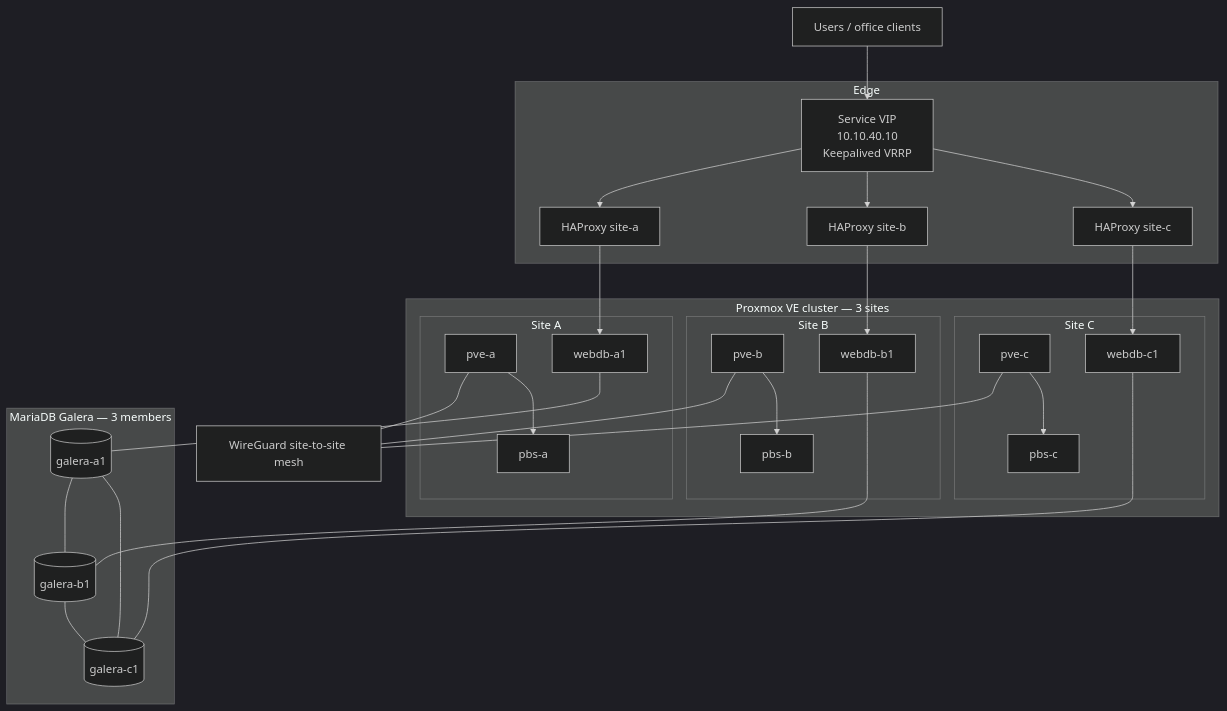
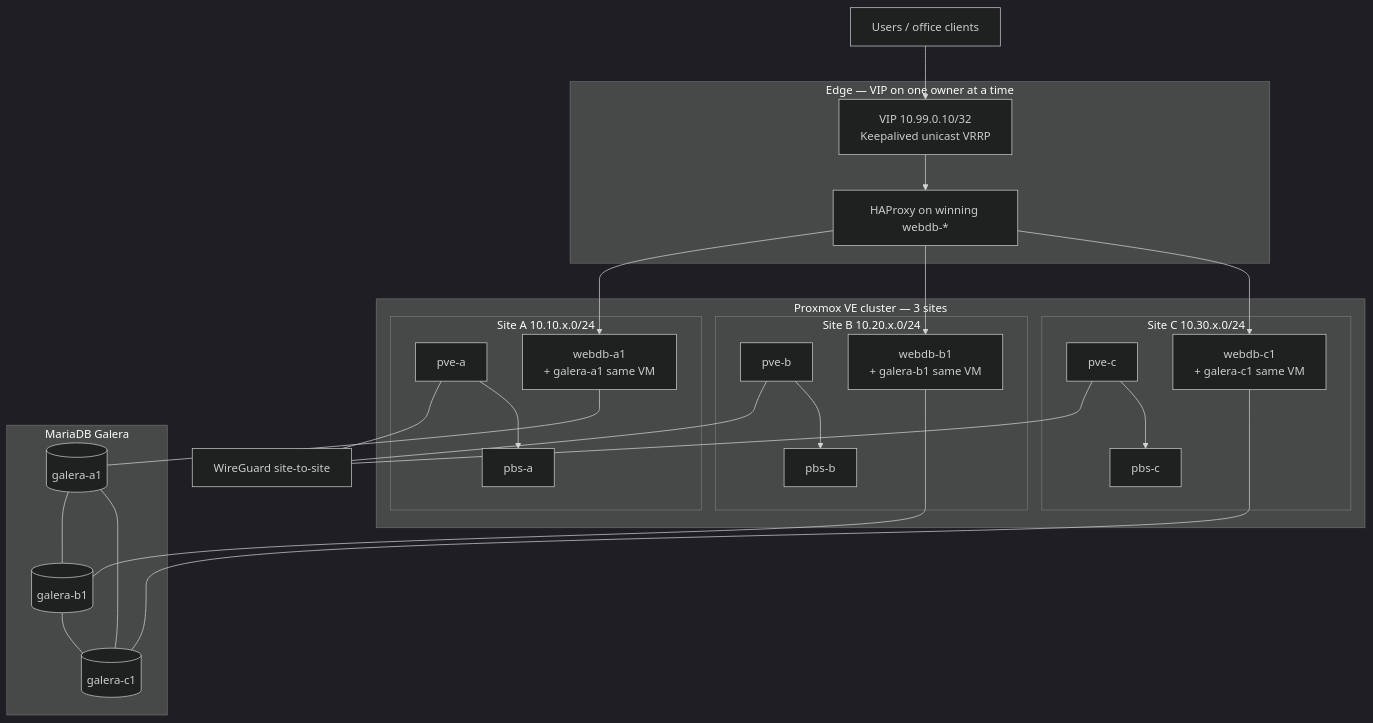
One commit to AgustinRH/proxmox-ha-lab changed the diagram in README.md. Above: the diagram before and after it, drawn with Mermaid (dark theme). The commit also changed other lines of this file and 15 other files, not shown here.

First line of the commit message:
fix: per-site prefixes, unicast VRRP, and config hardening.

````diff
--- a/README.md
+++ b/README.md
@@ -11,57 +11,53 @@
 ```mermaid
 flowchart TB
   users[Users / office clients]
 
-  subgraph edge [Edge]
-    VIP["Service VIP<br/>10.10.40.10<br/>Keepalived VRRP"]
-    HAP_A[HAProxy site-a]
-    HAP_B[HAProxy site-b]
-    HAP_C[HAProxy site-c]
-    VIP --> HAP_A
-    VIP --> HAP_B
-    VIP --> HAP_C
+  subgraph edge [Edge — VIP on one owner at a time]
+    VIP["VIP 10.99.0.10/32<br/>Keepalived unicast VRRP"]
+    HAP["HAProxy on winning webdb-*"]
+    VIP --> HAP
   end
 
   subgraph sites [Proxmox VE cluster — 3 sites]
-    subgraph sa [Site A]
+    subgraph sa [Site A 10.10.x.0/24]
       PVE_A[pve-a]
-      WEB_A1[webdb-a1]
+      WEB_A1["webdb-a1<br/>+ galera-a1 same VM"]
       PBS_A[pbs-a]
     end
-    subgraph sb [Site B]
+    subgraph sb [Site B 10.20.x.0/24]
       PVE_B[pve-b]
-      WEB_B1[webdb-b1]
+      WEB_B1["webdb-b1<br/>+ galera-b1 same VM"]
       PBS_B[pbs-b]
     end
-    subgraph sc [Site C]
+    subgraph sc [Site C 10.30.x.0/24]
       PVE_C[pve-c]
-      WEB_C1[webdb-c1]
+      WEB_C1["webdb-c1<br/>+ galera-c1 same VM"]
       PBS_C[pbs-c]
     end
   end
 
-  subgraph data [MariaDB Galera — 3 members]
+  subgraph data [MariaDB Galera]
     G1[(galera-a1)]
     G2[(galera-b1)]
     G3[(galera-c1)]
   end
 
-  WG[WireGuard site-to-site mesh]
+  WG[WireGuard site-to-site]
 
   users --> VIP
-  HAP_A --> WEB_A1
-  HAP_B --> WEB_B1
-  HAP_C --> WEB_C1
+  HAP --> WEB_A1
+  HAP --> WEB_B1
+  HAP --> WEB_C1
   WEB_A1 --- G1
   WEB_B1 --- G2
   WEB_C1 --- G3
   G1 --- G2
   G2 --- G3
   G3 --- G1
   PVE_A --- WG
   PVE_B --- WG
   PVE_C --- WG
   PVE_A --> PBS_A
   PVE_B --> PBS_B
   PVE_C --> PBS_C
 ```
````
